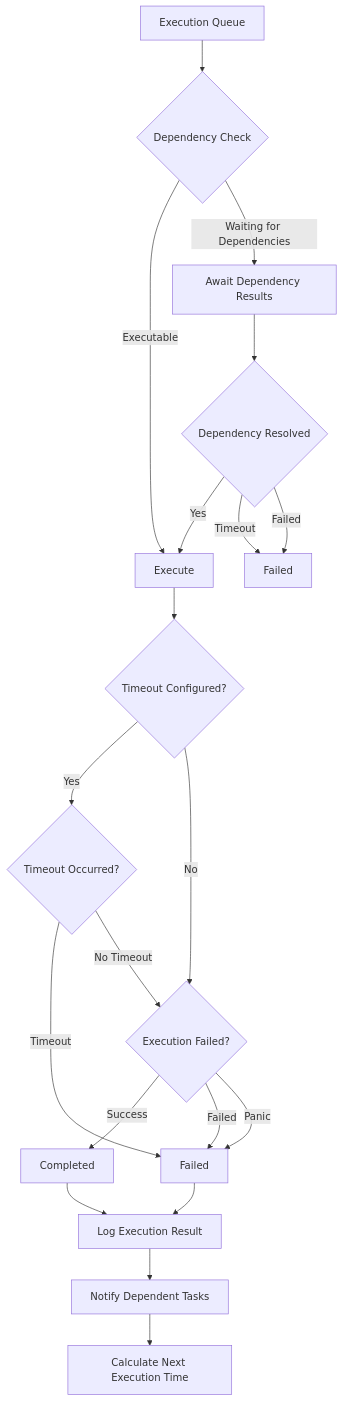
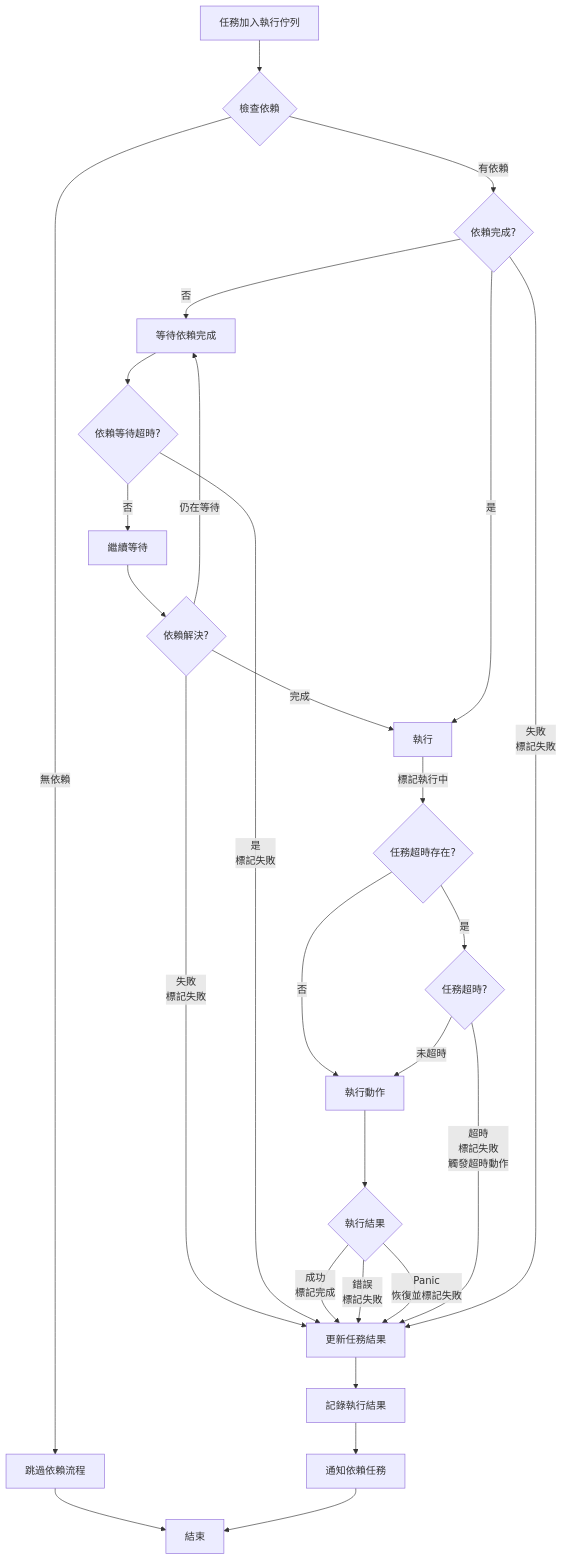
Before and after one commit to pardnchiu/go-scheduler: the second of 2 diagrams in README.md, drawn with Mermaid. The commit also changed other lines of this file and 8 other files, not shown here.

````diff
--- a/README.md
+++ b/README.md
@@ -326,25 +82,30 @@
 ```mermaid
 flowchart TD
-  A[Execution Queue] --> B{Dependency Check}
-  B -->|Executable| B0[Execute]
-  B -->|Waiting for Dependencies| B1[Await Dependency Results]
-  
-  B1 --> C{Dependency Resolved}
-  C -->|Yes| B0
-  C -->|Timeout| W18[Timeout]
-  C -->|Failed| W18[Failed]
-  
-  B0 --> D{Timeout Configured?}
-  D -->|Yes| E{Timeout Occurred?}
-  D -->|No| F{Execution Failed?}
-  E -->|Timeout| H[Failed]
-  E -->|No Timeout| F
-  F -->|Success| G[Completed]
-  F -->|Failed| H
-  F -->|Panic| H
-  
-  G --> I[Log Execution Result]
-  H --> I
-  I --> J[Notify Dependent Tasks]
-  J --> K[Calculate Next Execution Time]
+    A[任務加入執行佇列] --> B{檢查依賴}
+    B -->|無依賴| B0[跳過依賴流程]
+      B0 --> Z[結束]
+    B -->|有依賴| B1{依賴完成?}
+      B1 -->|否| B10[等待依賴完成]
+        B10 --> C{依賴等待超時?}
+          C -->|否| C0[繼續等待]
+            C0 --> D{依賴解決?}
+              D -->|失敗<br>標記失敗| V
+              D -->|完成| B11
+              D -->|仍在等待| B10
+          C -->|是<br>標記失敗| V
+      B1 -->|是| B11[執行]
+        B11 -->|標記執行中| E{任務超時存在?}
+          E -->|否| E0[執行動作]
+            E0 --> R{執行結果}
+              R -->|成功<br>標記完成| V[更新任務結果]
+              R -->|錯誤<br>標記失敗| V
+              R -->|Panic<br>恢復並標記失敗| V
+          E -->|是| E1{任務超時?}
+            E1 -->|超時<br>標記失敗<br>觸發超時動作| V
+            E1 -->|未超時| E0
+      B1 -->|失敗<br>標記失敗| V
+    
+    V --> X[記錄執行結果]
+    X --> Y[通知依賴任務]
+    Y --> Z[結束]
 ```
````
